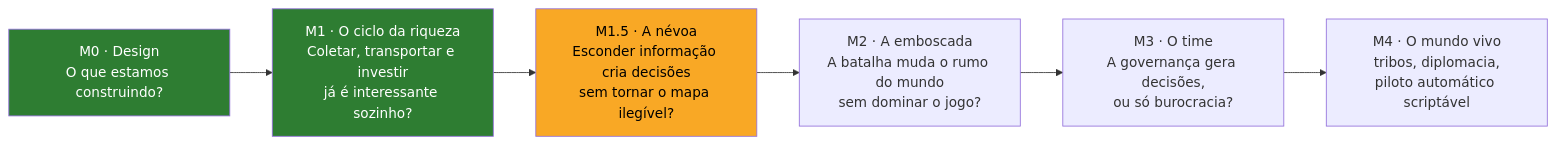
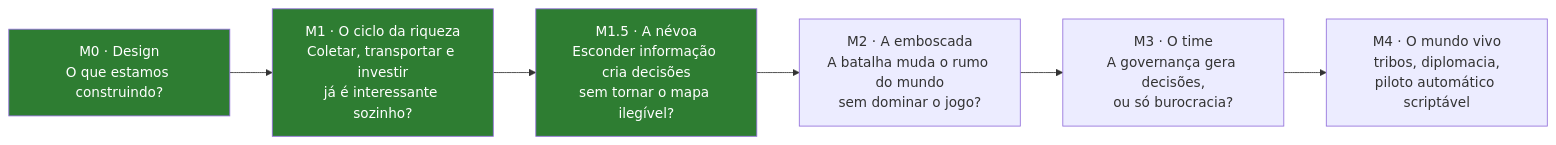
Before and after one commit to eliasfeijo/geometrix: the first of 8 diagrams in docs/OVERVIEW.md, drawn with Mermaid. The commit also changed other lines of this file, not shown here.

````diff
--- a/docs/OVERVIEW.md
+++ b/docs/OVERVIEW.md
@@ -83,11 +83,11 @@
 ```mermaid
 flowchart LR
     M0["M0 · Design<br/>O que estamos construindo?"] --> M1["M1 · O ciclo da riqueza<br/>Coletar, transportar e investir<br/>já é interessante sozinho?"]
     M1 --> M15["M1.5 · A névoa<br/>Esconder informação cria decisões<br/>sem tornar o mapa ilegível?"]
     M15 --> M2["M2 · A emboscada<br/>A batalha muda o rumo do mundo<br/>sem dominar o jogo?"]
     M2 --> M3["M3 · O time<br/>A governança gera decisões,<br/>ou só burocracia?"]
     M3 --> M4["M4 · O mundo vivo<br/>tribos, diplomacia,<br/>piloto automático scriptável"]
     style M0 fill:#2e7d32,color:#fff
     style M1 fill:#2e7d32,color:#fff
-    style M15 fill:#f9a825,color:#000
+    style M15 fill:#2e7d32,color:#fff
 ```
````
